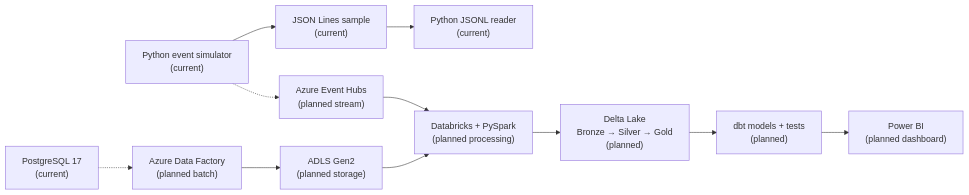
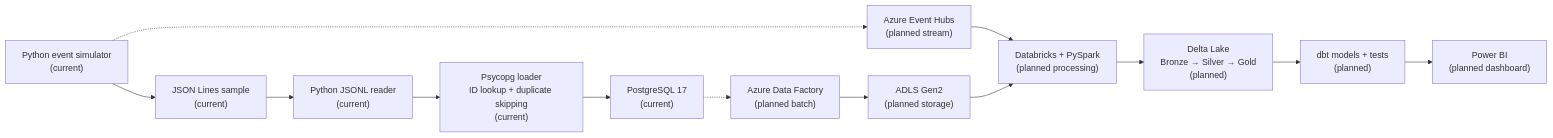
Before and after one commit to enriquebruno12/factorypulse-real-time-lakehouse: the first of 2 diagrams in README.md, drawn with Mermaid. The commit also changed other lines of this file and 16 other files, not shown here.

````diff
--- a/README.md
+++ b/README.md
@@ -52,20 +60,21 @@
 ```mermaid
 flowchart LR
     SIM["Python event simulator<br/>(current)"]
     JSONL["JSON Lines sample<br/>(current)"]
     READER["Python JSONL reader<br/>(current)"]
+    LOADER["Psycopg loader<br/>ID lookup + duplicate skipping<br/>(current)"]
     PG["PostgreSQL 17<br/>(current)"]
     ADF["Azure Data Factory<br/>(planned batch)"]
     EH["Azure Event Hubs<br/>(planned stream)"]
     LAKE["ADLS Gen2<br/>(planned storage)"]
     SPARK["Databricks + PySpark<br/>(planned processing)"]
     MED["Delta Lake<br/>Bronze → Silver → Gold<br/>(planned)"]
     DBT["dbt models + tests<br/>(planned)"]
     BI["Power BI<br/>(planned dashboard)"]
 
-    SIM --> JSONL --> READER
+    SIM --> JSONL --> READER --> LOADER --> PG
     SIM -.-> EH
     PG -.-> ADF --> LAKE
     EH --> SPARK
     LAKE --> SPARK --> MED --> DBT --> BI
 ```
````
